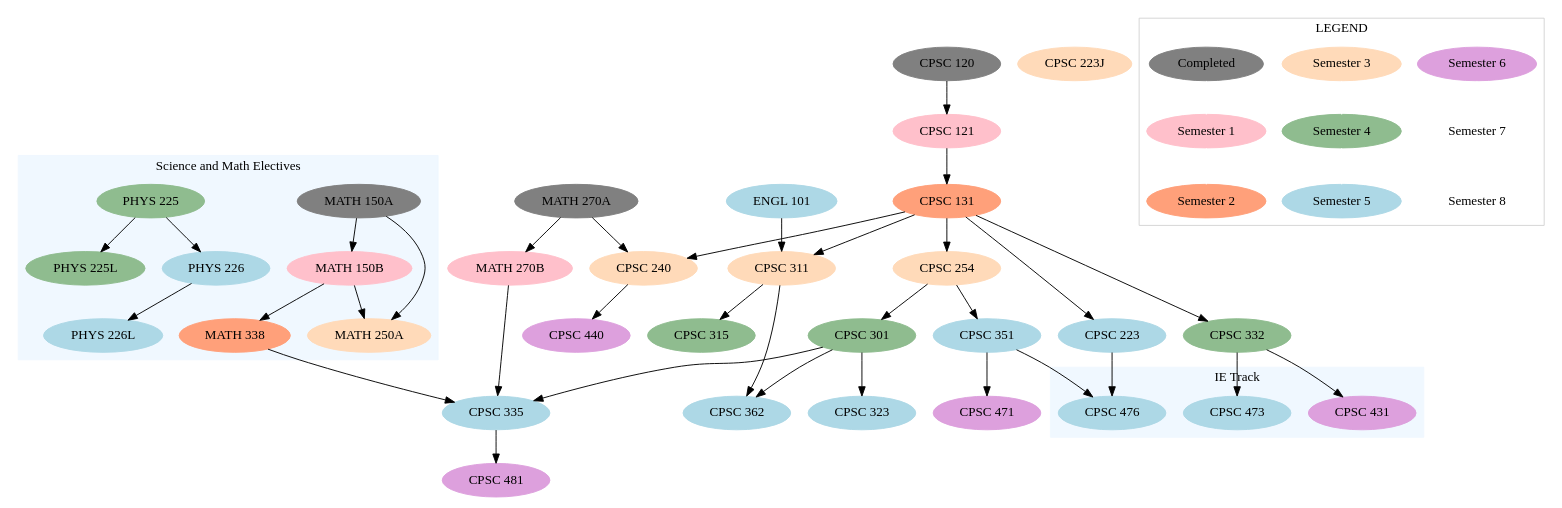
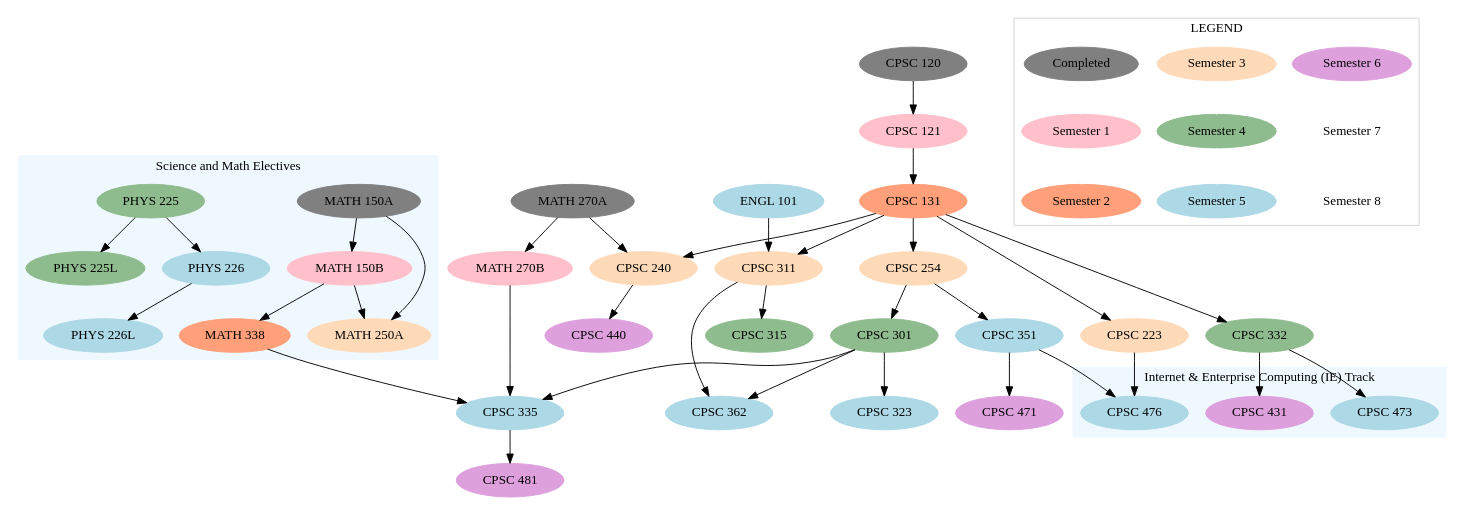
Before and after one commit to danaoira/Curriculum-Graph-Visualizer: the diagram in finalcgv.gv, drawn with Graphviz. The commit also changed 2 other files, not shown here.

Commit message:
Completed ideal test output with IE track

```diff
--- a/finalcgv.gv
+++ b/finalcgv.gv
@@ -1,109 +1,109 @@
 digraph finalcgv {
 	node [color=grey style=filled]
 	"MATH 150A"
 	"MATH 270A"
 	"CPSC 120"
 	node [color=pink style=filled]
 	"MATH 150B"
 	"MATH 270B"
 	"CPSC 121"
 	node [color=lightsalmon style=filled]
 	"CPSC 131"
 	"MATH 338"
 	node [color=peachpuff style=filled]
 	"MATH 250A"
 	"CPSC 240"
 	"CPSC 254"
-	"CPSC 223J"
+	"CPSC 223"
 	"CPSC 311"
 	node [color=darkseagreen style=filled]
 	"PHYS 225"
 	"PHYS 225L"
 	"CPSC 301"
 	"CPSC 332"
 	"CPSC 315"
 	node [color=lightblue style=filled]
 	"PHYS 226"
 	"PHYS 226L"
 	"CPSC 335"
 	"CPSC 351"
 	"CPSC 323"
 	"CPSC 362"
 	node [color=plum style=filled]
 	"CPSC 481"
 	"CPSC 471"
 	"CPSC 440"
 	"CPSC 431"
 	node [color=lightblue style=filled]
 	"CPSC 473"
 	"CPSC 476"
 		"CPSC 120" -> "CPSC 121"
 		"CPSC 121" -> "CPSC 131"
 		"CPSC 131" -> "CPSC 223"
 		"CPSC 131" -> "CPSC 240"
 		"CPSC 131" -> "CPSC 254"
 		"CPSC 131" -> "CPSC 311"
 		"CPSC 131" -> "CPSC 332"
 		"CPSC 240" -> "CPSC 440"
 		"CPSC 254" -> "CPSC 301"
 		"CPSC 254" -> "CPSC 351"
 		"CPSC 301" -> "CPSC 323"
 		"CPSC 301" -> "CPSC 335"
 		"CPSC 301" -> "CPSC 362"
 		"CPSC 311" -> "CPSC 315"
 		"CPSC 311" -> "CPSC 362"
 		"CPSC 335" -> "CPSC 481"
 		"CPSC 351" -> "CPSC 471"
 		"ENGL 101" -> "CPSC 311"
 		"MATH 150A" -> "MATH 150B"
 		"MATH 150B" -> "MATH 338"
 		"MATH 270A" -> "CPSC 240"
 		"MATH 270A" -> "MATH 270B"
 		"MATH 270B" -> "CPSC 335"
 		"MATH 338" -> "CPSC 335"
 		"CPSC 332" -> "CPSC 431"
 		"CPSC 332" -> "CPSC 473"
 		"CPSC 223" -> "CPSC 476"
 		"CPSC 351" -> "CPSC 476"
 	subgraph cluster_1 {
+	label = "Science and Math Electives"
 	color=aliceblue
 	style=filled
 			"MATH 150A" -> "MATH 250A"
 			"MATH 150B" -> "MATH 250A"
 			"PHYS 225" -> "PHYS 225L"
 			"PHYS 225" -> "PHYS 226"
 			"PHYS 226" -> "PHYS 226L"
 		"MATH 250A"
 		"MATH 338"
-	label = "Science and Math Electives"
 	}
 	subgraph cluster_2 {
+	label = "Internet & Enterprise Computing (IE) Track"
 	color=aliceblue
 	style=filled
 		"CPSC 431"
 		"CPSC 473"
 		"CPSC 476"
-	label = "IE Track"
 	}
 	subgraph cluster_0 {
 		node [color=white style=filled]
 		edge [color=white]
+		label = "LEGEND"
 		color=lightgrey
 			"Semester 6" [color=plum]
 			"Semester 7"
 			"Semester 3" [color=peachpuff]
 			"Semester 4" [color=darkseagreen]
 			"Semester 5" [color=lightblue]
 			Completed [color=grey]
 			"Semester 1" [color=pink]
 			"Semester 2" [color=lightsalmon]
 			"Semester 8"
 				"Semester 6" -> "Semester 7"
 				"Semester 7" -> "Semester 8"
 				"Semester 3" -> "Semester 4"
 				"Semester 4" -> "Semester 5"
 				Completed -> "Semester 1"
 				"Semester 1" -> "Semester 2"
-		label = "LEGEND"
 	}
 }
```
